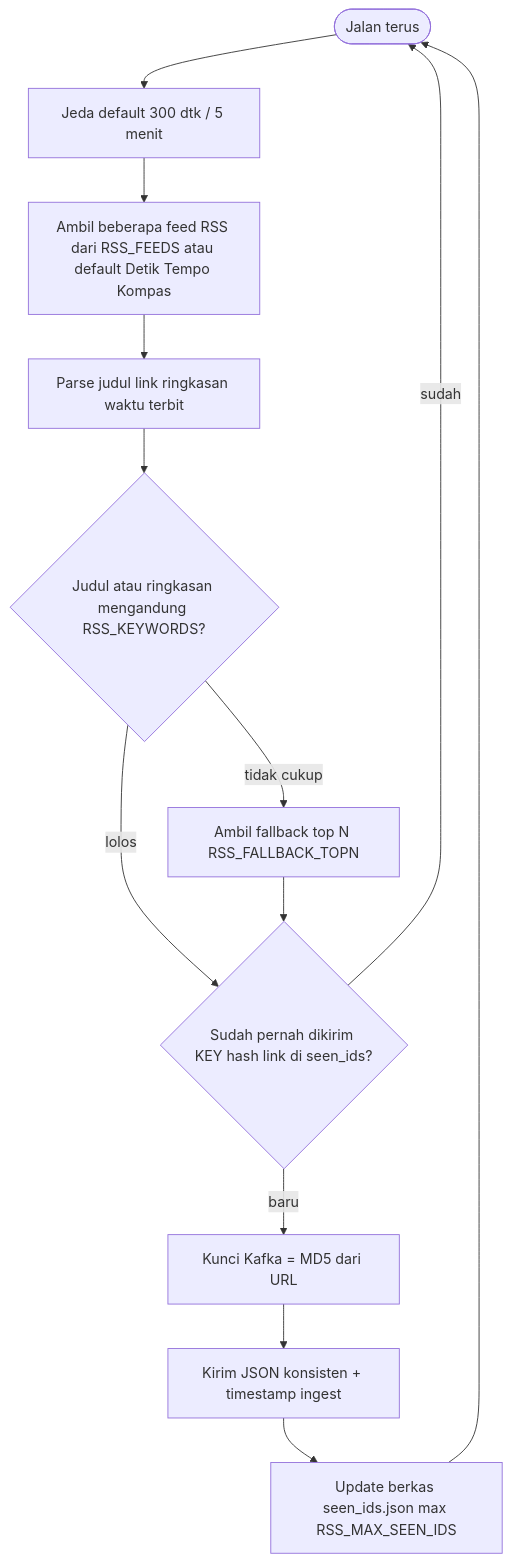
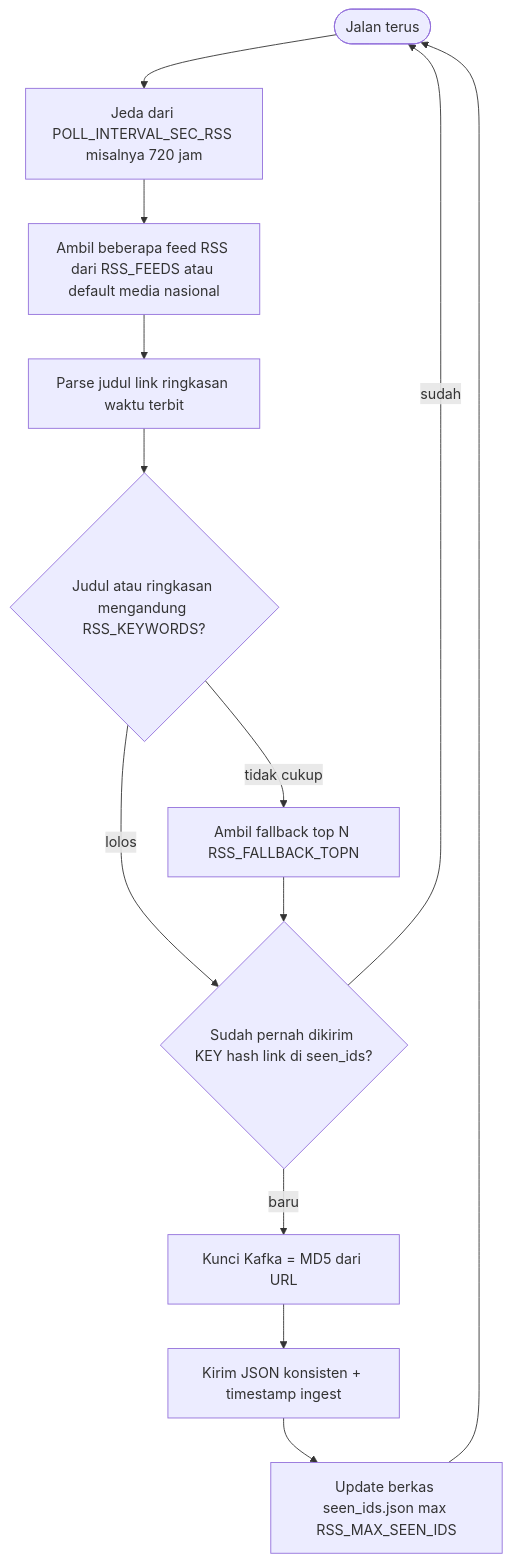
The sixth of 15 diagrams in narasi.md (mamettdd/Kelompok-6-ets-bigdata), drawn with Mermaid before and after one commit. The commit also changed other lines of this file and 11 other files, not shown here.

````diff
--- a/narasi.md
+++ b/narasi.md
@@ -173,15 +173,15 @@
 ```mermaid
 flowchart TD
-  START2([Jalan terus]) --> WAIT2[Jeda default 300 dtk / 5 menit]
-  WAIT2 --> FETCH[Ambil beberapa feed RSS dari RSS_FEEDS atau default Detik Tempo Kompas]
+  START2([Jalan terus]) --> WAIT2[Jeda dari POLL_INTERVAL_SEC_RSS misalnya 720 jam]
+  WAIT2 --> FETCH[Ambil beberapa feed RSS dari RSS_FEEDS atau default media nasional]
   FETCH --> PARSE[Parse judul link ringkasan waktu terbit]
   PARSE --> KW{Judul atau ringkasan mengandung RSS_KEYWORDS?}
   KW -->|tidak cukup| FALL[Ambil fallback top N RSS_FALLBACK_TOPN]
   KW -->|lolos| DEDUP{Sudah pernah dikirim KEY hash link di seen_ids?}
   FALL --> DEDUP
   DEDUP -->|sudah| START2
   DEDUP -->|baru| HASH[Kunci Kafka = MD5 dari URL]
   HASH --> SEND2[Kirim JSON konsisten + timestamp ingest]
   SEND2 --> SAVE[Update berkas seen_ids.json max RSS_MAX_SEEN_IDS]
   SAVE --> START2
 ```
````
